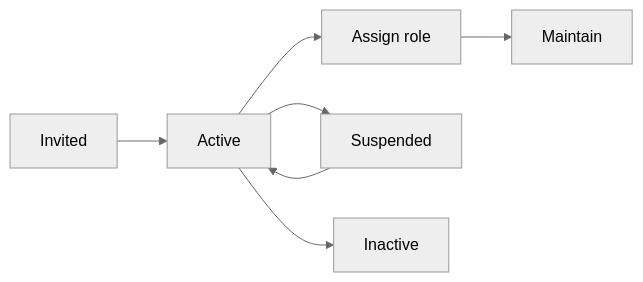
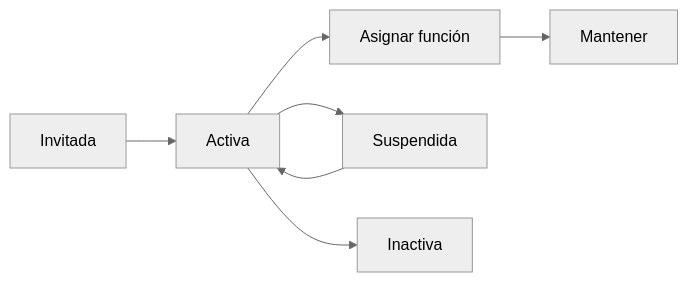
The tenth of 13 diagrams in docs/PROCESS-MAPS.md (antoniojesusdelgado/management-platform-demo), drawn with Mermaid (neutral theme) before and after one commit. The commit also changed other lines of this file and 63 other files, not shown here.

````diff
--- a/docs/PROCESS-MAPS.md
+++ b/docs/PROCESS-MAPS.md
@@ -117,6 +117,6 @@
 ```mermaid
 flowchart LR
-  Invited --> Active --> AssignRole["Assign role"] --> Maintain
-  Active --> Suspended --> Active
-  Active --> Inactive
+  Invitada --> Activa --> AsignarRol["Asignar función"] --> Mantener
+  Activa --> Suspendida --> Activa
+  Activa --> Inactiva
 ```
````
